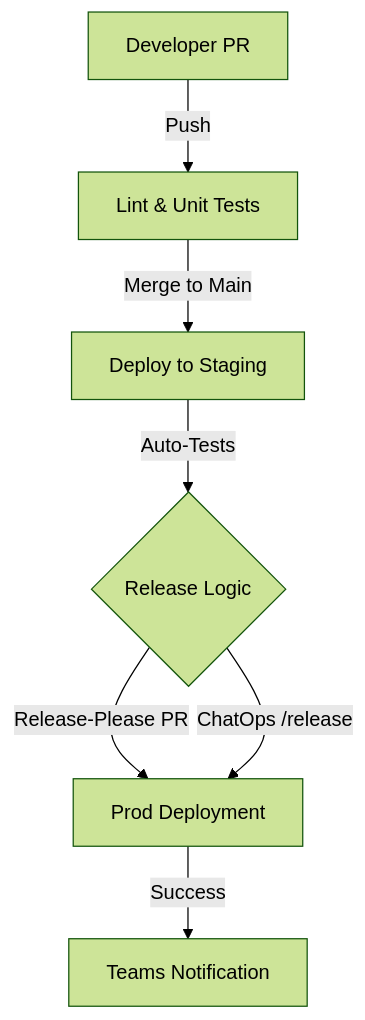
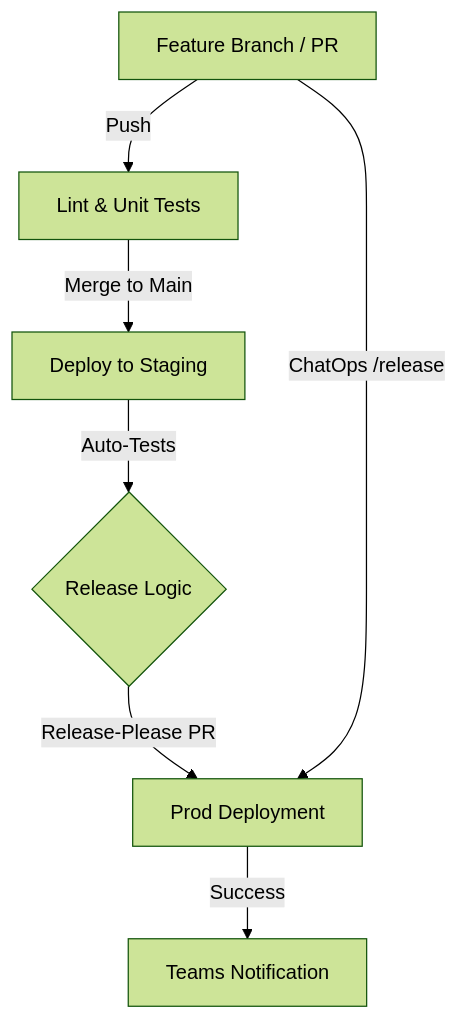
The diagram in databricks.md (lewars/cicd-design-templates), drawn with Mermaid (forest theme) before and after one commit.

Commit message:
Update diagram

````diff
--- a/databricks.md
+++ b/databricks.md
@@ -151,10 +151,10 @@
 ```mermaid
 graph TD
-    A[Developer PR] -->|Push| B[Lint & Unit Tests]
+    A[Feature Branch / PR] -->|Push| B[Lint & Unit Tests]
     B -->|Merge to Main| C[Deploy to Staging]
     C -->|Auto-Tests| D{Release Logic}
     D -->|Release-Please PR| E[Prod Deployment]
-    D -->|ChatOps /release| E[Prod Deployment]
+    A -->|ChatOps /release| E[Prod Deployment]
     E -->|Success| F[Teams Notification]
 
 ```
````
